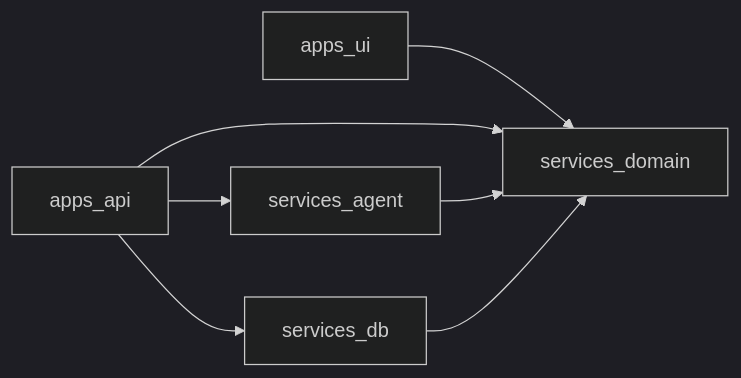
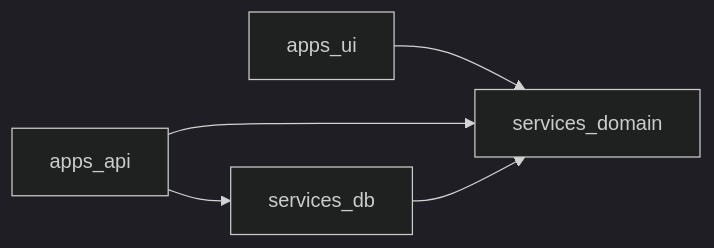
Before and after one commit to luciapuccini/strengthsync-app: the diagram in docs/architecture/monorepo_structure.md, drawn with Mermaid (dark theme). The commit also changed other lines of this file and 18 other files, not shown here.

Commit message:
docs: rewrite docs for Cloudflare-only architecture

````diff
--- a/docs/architecture/monorepo_structure.md
+++ b/docs/architecture/monorepo_structure.md
@@ -25,15 +24,12 @@
 ```mermaid
 flowchart LR
   UI[apps_ui]
   API[apps_api]
   Domain[services_domain]
-  Agent[services_agent]
   DB[services_db]
 
   UI --> Domain
   API --> Domain
-  API --> Agent
   API --> DB
-  Agent --> Domain
   DB --> Domain
 ```
````
